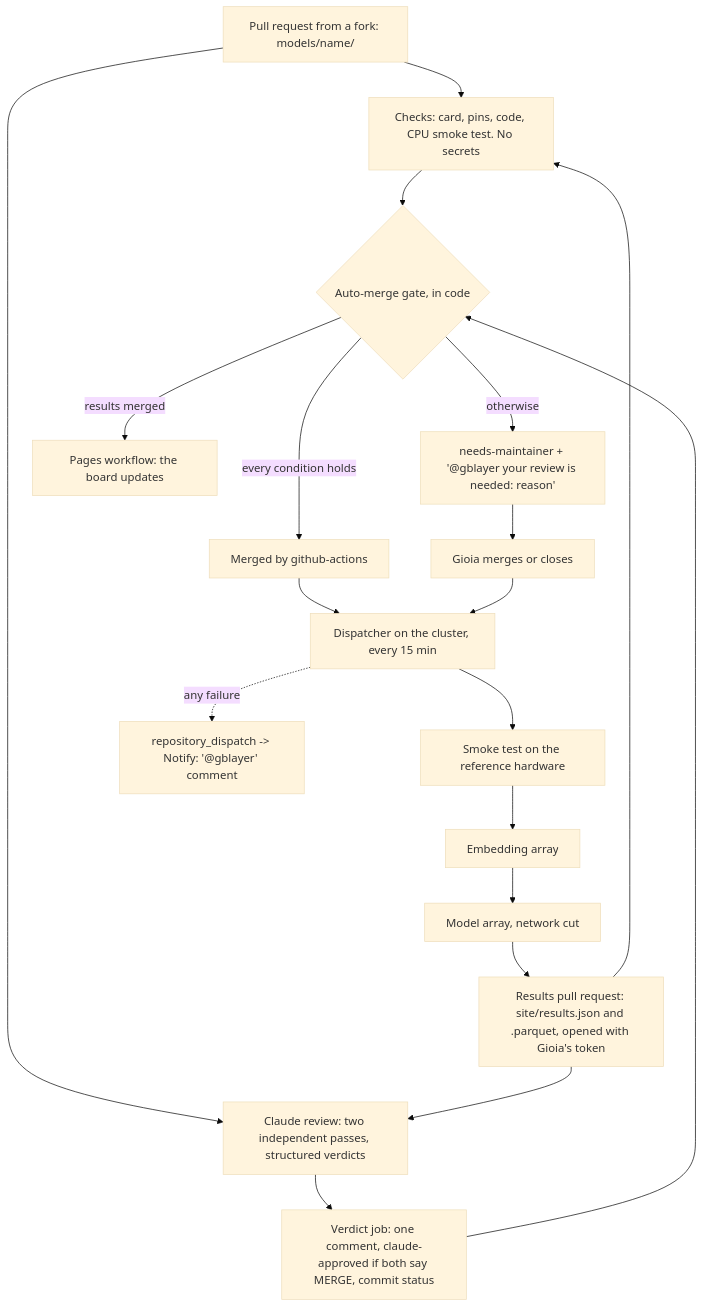
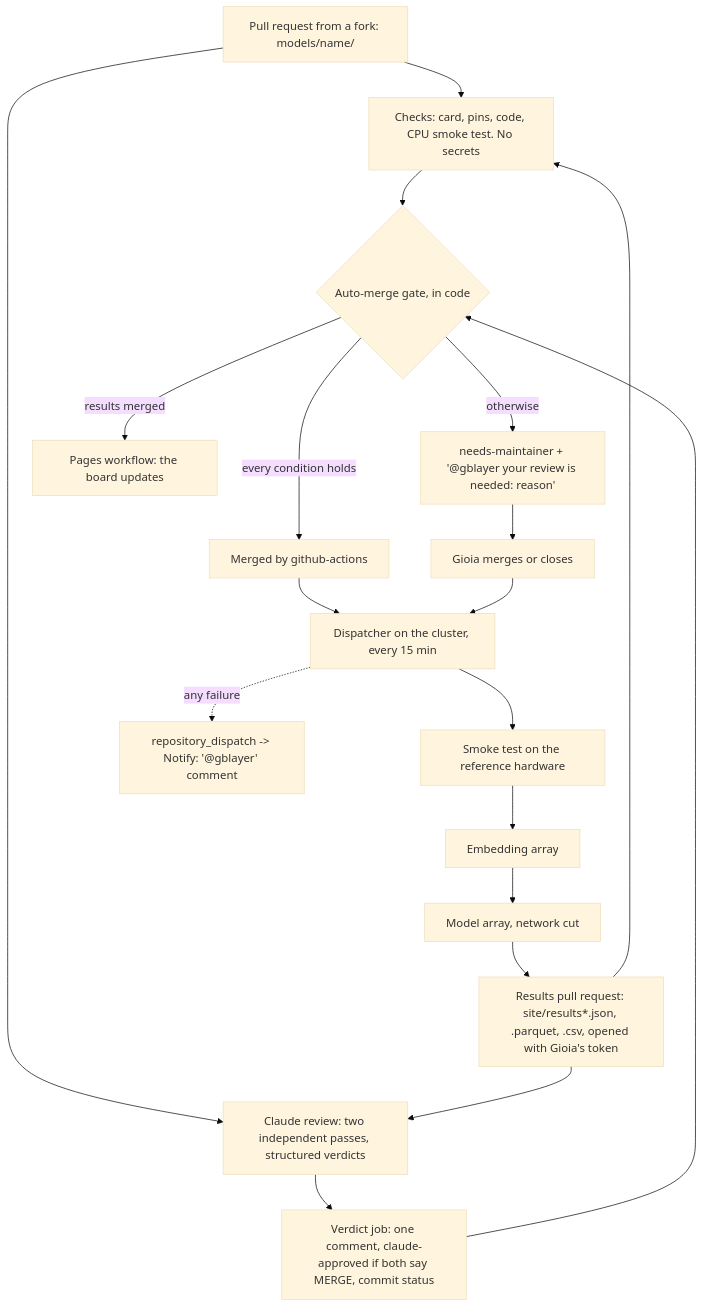
One commit to gblayer/strable-leaderboard changed the diagram in docs/automation.md. Above: the diagram before and after it, drawn with Mermaid (base theme). The commit also changed other lines of this file and 8 other files, not shown here.

First line of the commit message:
Results pull requests commit site/results_per_fold.parquet and .csv too

````diff
--- a/docs/automation.md
+++ b/docs/automation.md
@@ -3,19 +3,19 @@
 ```mermaid
 flowchart TD
   A[Pull request from a fork: models/name/] --> B[Checks: card, pins, code, CPU smoke test. No secrets]
   A --> C[Claude review: two independent passes, structured verdicts]
   C --> D[Verdict job: one comment, claude-approved if both say MERGE, commit status]
   B --> G{Auto-merge gate, in code}
   D --> G
   G -- every condition holds --> M[Merged by github-actions]
   G -- otherwise --> N["needs-maintainer + '@gblayer your review is needed: reason'"]
   N --> H[Gioia merges or closes]
   M --> R[Dispatcher on the cluster, every 15 min]
   H --> R
   R --> S[Smoke test on the reference hardware] --> E[Embedding array] --> J[Model array, network cut]
-  J --> P[Results pull request: site/results.json and .parquet, opened with Gioia's token]
+  J --> P[Results pull request: site/results*.json, .parquet, .csv, opened with Gioia's token]
   P --> B
   P --> C
   G -- results merged --> W[Pages workflow: the board updates]
   R -. any failure .-> F[repository_dispatch -> Notify: '@gblayer' comment]
 ```
````
